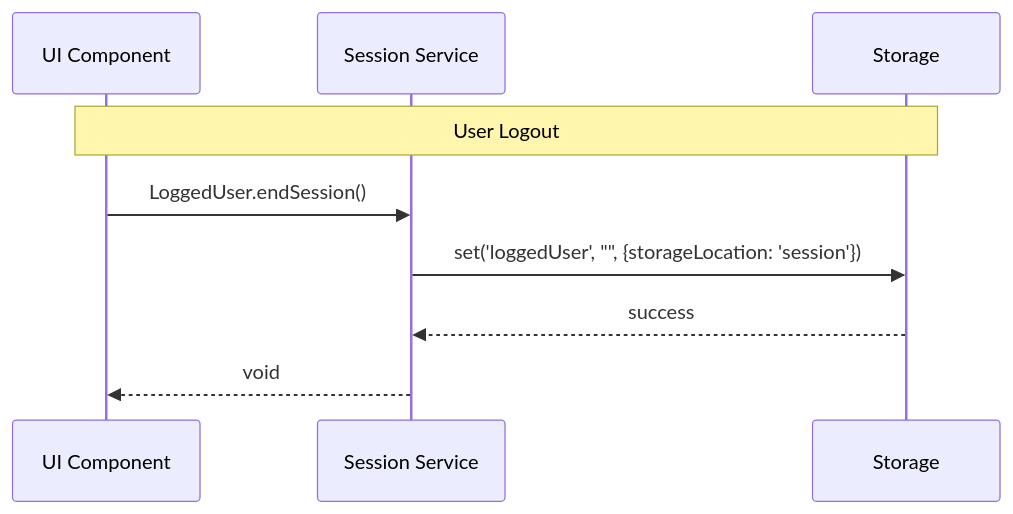
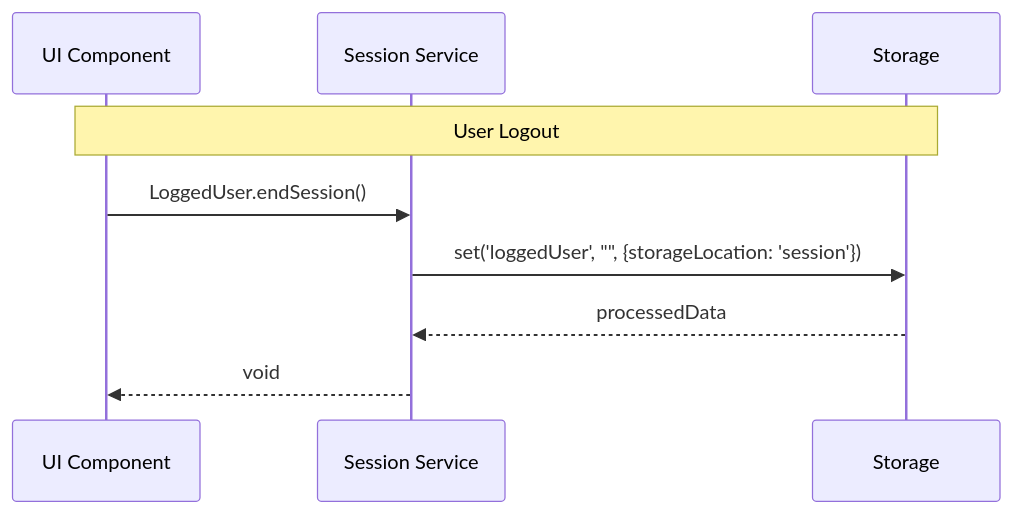
One commit to damiano-g/PGRC-project changed the fifth of 11 diagrams in documentation/diagrams/04-session-service-sequence.md. Above: the diagram before and after it, drawn with Mermaid. The commit also changed other lines of this file and 6 other files, not shown here.

````diff
--- a/documentation/diagrams/04-session-service-sequence.md
+++ b/documentation/diagrams/04-session-service-sequence.md
@@ -96,12 +188,12 @@
 ```mermaid
 sequenceDiagram
     participant UI as UI Component
     participant SS as Session Service
     participant ST as Storage
     
     Note over UI,ST: User Logout
     UI->>SS: LoggedUser.endSession()
     SS->>ST: set('loggedUser', "", {storageLocation: 'session'})
-    ST-->>SS: success
+    ST-->>SS: processedData
     SS-->>UI: void
 ```
````
